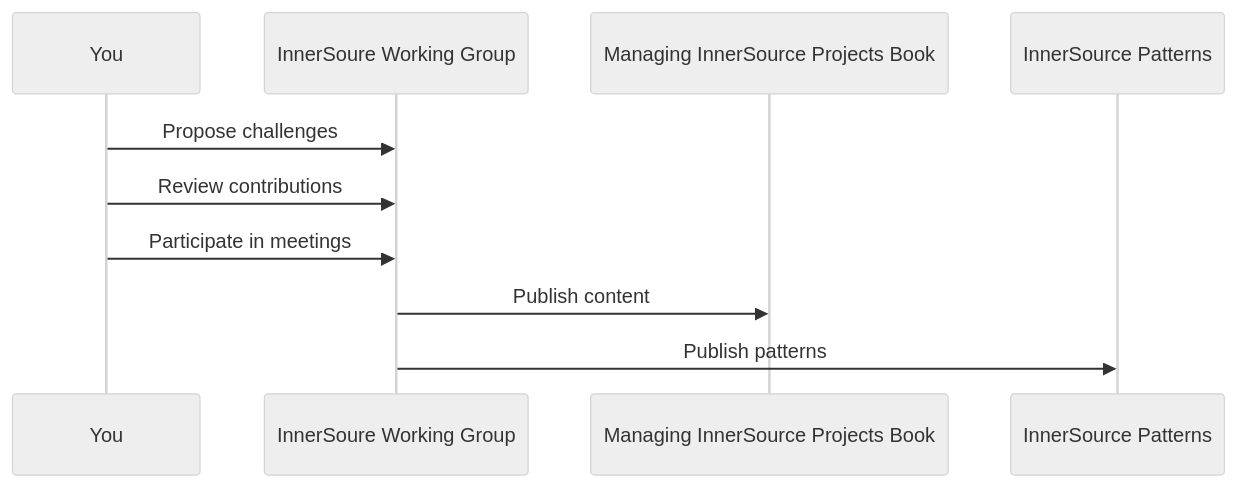
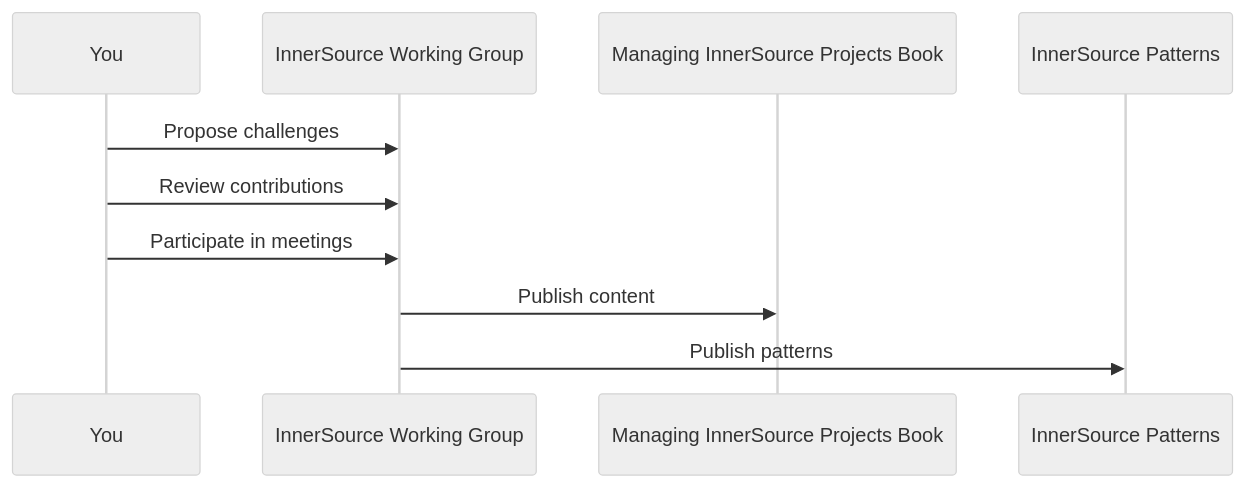
The diagram in CONTRIBUTING.md (InnerSourceCommons/innersource-working-group), drawn with Mermaid (neutral theme) before and after one commit. The commit also changed other lines of this file and 10 other files, not shown here.

````diff
--- a/CONTRIBUTING.md
+++ b/CONTRIBUTING.md
@@ -16,13 +16,13 @@
 ```mermaid
 sequenceDiagram
   participant You
-  participant WG as InnerSoure Working Group
+  participant WG as InnerSource Working Group
   participant MIP as Managing InnerSource Projects Book
   participant ISP as InnerSource Patterns
 
   You->>WG: Propose challenges
   You->>WG: Review contributions
   You->>WG: Participate in meetings
   WG->>MIP: Publish content
   WG->>ISP: Publish patterns
 ```
````
